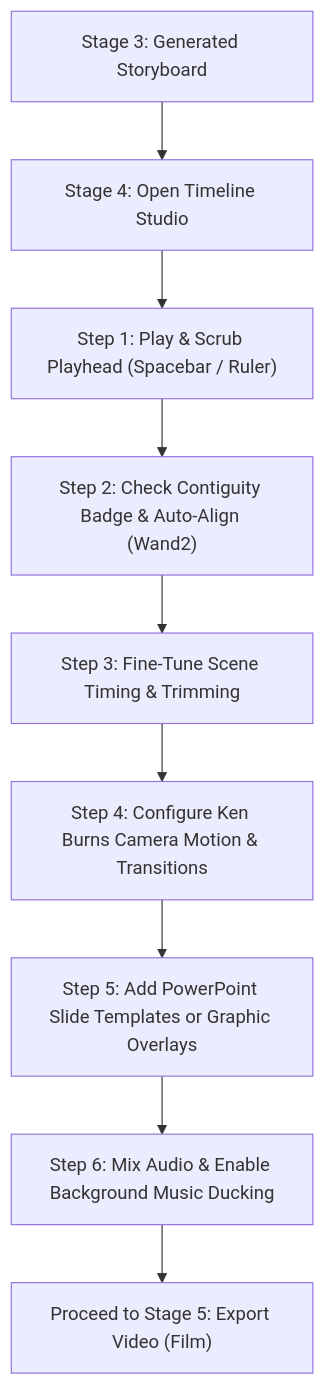
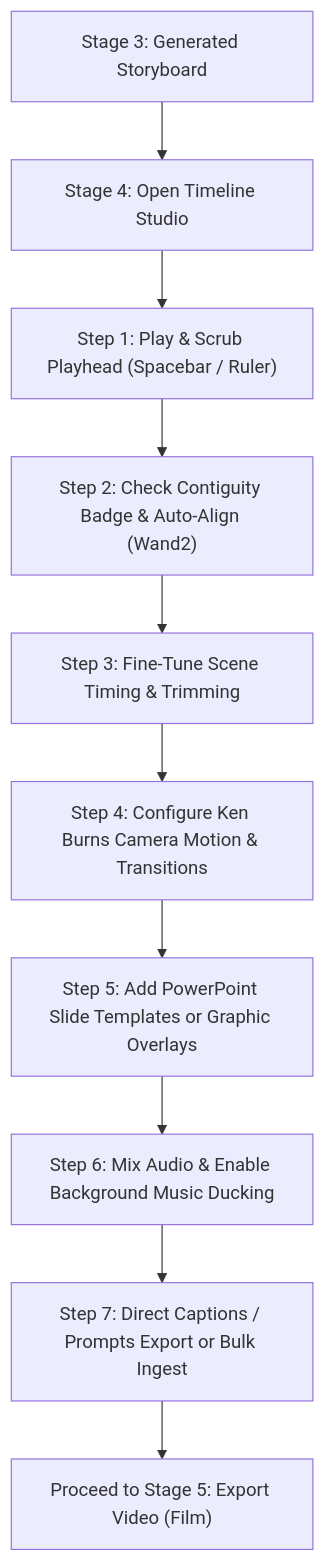
One commit to Arulraj2001/Ai-video-making changed the first of 2 diagrams in STAGE_GUIDE.md. Above: the diagram before and after it, drawn with Mermaid. The commit also changed other lines of this file, not shown here.

Commit message:
docs: comprehensive update to STAGE_GUIDE.md with bulk import, dual exporters, sanitization specs, and multi-branch deployment architecture

````diff
--- a/STAGE_GUIDE.md
+++ b/STAGE_GUIDE.md
@@ -511,11 +558,12 @@
 ```mermaid
 graph TD
     A["Stage 3: Generated Storyboard"] --> B["Stage 4: Open Timeline Studio"]
     B --> C["Step 1: Play & Scrub Playhead (Spacebar / Ruler)"]
     C --> D["Step 2: Check Contiguity Badge & Auto-Align (Wand2)"]
     D --> E["Step 3: Fine-Tune Scene Timing & Trimming"]
     E --> F["Step 4: Configure Ken Burns Camera Motion & Transitions"]
     F --> G["Step 5: Add PowerPoint Slide Templates or Graphic Overlays"]
     G --> H["Step 6: Mix Audio & Enable Background Music Ducking"]
-    H --> I["Proceed to Stage 5: Export Video (Film)"]
+    H --> I["Step 7: Direct Captions / Prompts Export or Bulk Ingest"]
+    I --> J["Proceed to Stage 5: Export Video (Film)"]
 ```
````
